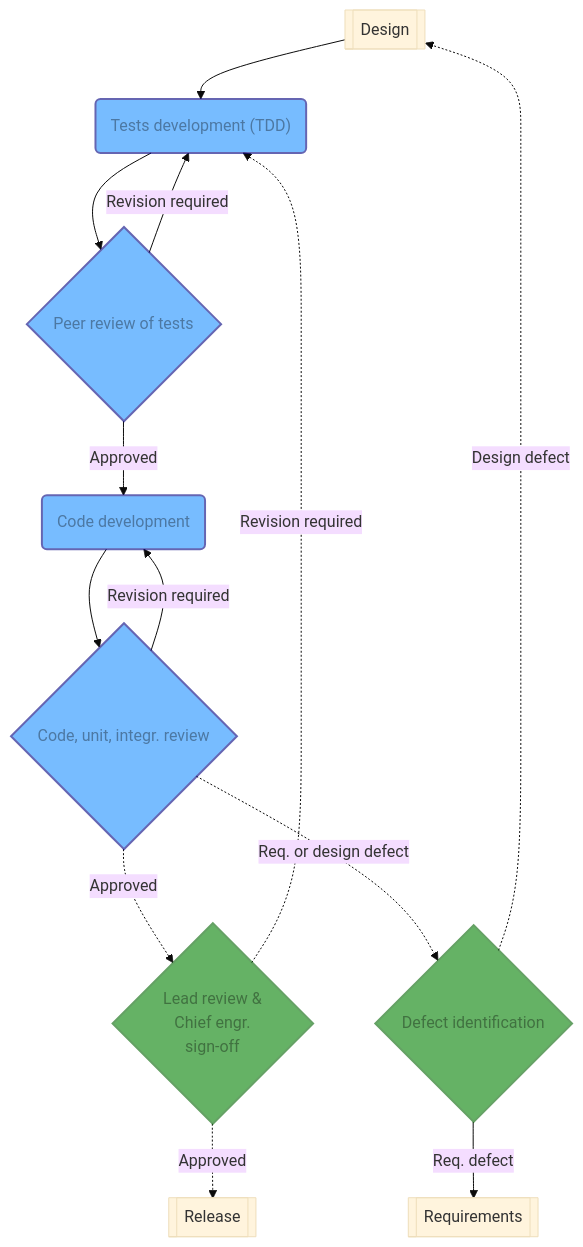
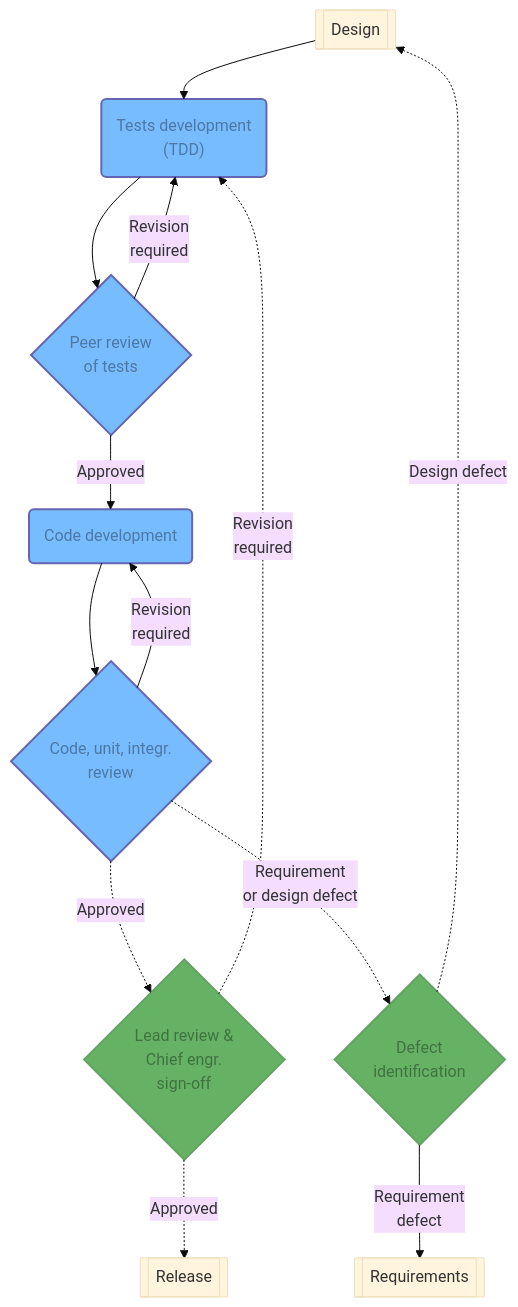
Before and after one commit to nyx-space/quality-assurance: the diagram in docs/process/development.md, drawn with Mermaid (base theme). The commit also changed 14 other files, not shown here.

````diff
--- a/docs/process/development.md
+++ b/docs/process/development.md
@@ -1,22 +1,22 @@
 ```mermaid
 graph TD
-    DDOK[[Design]] --> TDD("Tests development (TDD)"):::engr
-    TDD --> PR3{"Peer review of tests"}:::engr
-    PR3 --> |Revision required| TDD
+    DDOK[[Design]] --> TDD("Tests development<br/>(TDD)"):::engr
+    TDD --> PR3{"Peer review<br/> of tests"}:::engr
+    PR3 --> |Revision<br/>required| TDD
     PR3 --> |Approved| CD(Code development):::engr
-    CD --> PR4{"Code, unit, integr. review"}:::engr
-    PR4 --> |Revision required| CD
+    CD --> PR4{"Code, unit, integr. <br/>review"}:::engr
+    PR4 --> |Revision<br/>required| CD
     PR4 -.-> |Approved| LR2{"Lead review &<br/> Chief engr.<br/> sign-off"}:::lead
-    PR4 -.-> |Req. or design defect| LR3{"Defect identification"}:::lead
+    PR4 -.-> |Requirement<br/>or design defect| LR3{"Defect<br/>identification"}:::lead
     LR3 -.-> |Design defect| DDOK[[Design]]
-    LR3 --> |Req. defect| B[[Requirements]]
-    LR2 -.-> |Revision required| TDD
+    LR3 --> |Requirement<br/>defect| B[[Requirements]]
+    LR2 -.-> |Revision<br/>required| TDD
     LR2 -.-> |Approved| C[[Release]]
 
     click DDOK "/process/design/"
     click B "/process/requirements/"
     click C "/process/release/"
 
     classDef lead fill:green,opacity:0.6,stroke:darkgreen,stroke-width:2px,color:black
     classDef engr fill:dodgerblue,opacity:0.6,stroke:navy,stroke-width:2px,color:black
 ```
````
